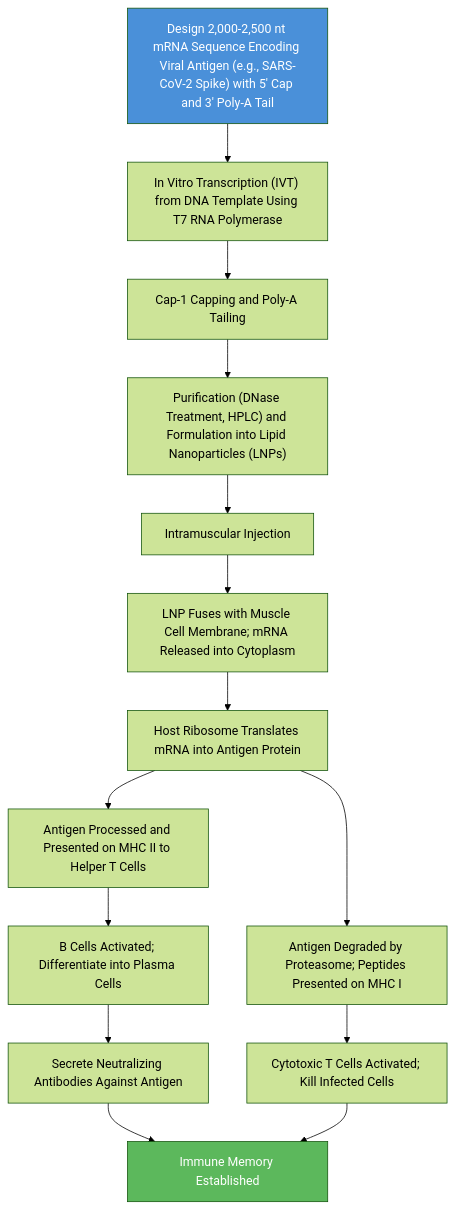
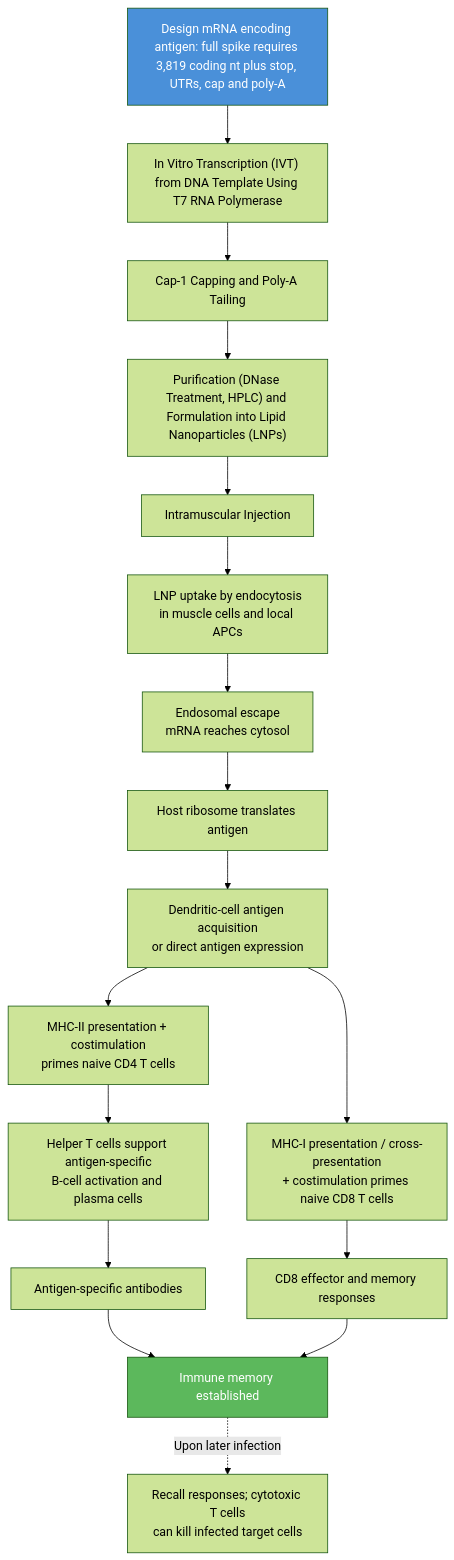
Before and after one commit to docxology/biology_textbook: the second of 4 diagrams in docs/manuscript/unit_IV/dna_replication_and_cell_cycle.md, drawn with Mermaid (forest theme). The commit also changed other lines of this file and 444 other files, not shown here.

````diff
--- a/docs/manuscript/unit_IV/dna_replication_and_cell_cycle.md
+++ b/docs/manuscript/unit_IV/dna_replication_and_cell_cycle.md
@@ -182,18 +184,21 @@
 ```mermaid
 flowchart TD
-    A["Design 2,000-2,500 nt mRNA Sequence Encoding Viral Antigen (e.g., SARS-CoV-2 Spike) with 5' Cap and 3' Poly-A Tail"] --> B["In Vitro Transcription (IVT) from DNA Template Using T7 RNA Polymerase"]
+    A["Design mRNA encoding antigen: full spike requires 3,819 coding nt plus stop, UTRs, cap and poly-A"] --> B["In Vitro Transcription (IVT) from DNA Template Using T7 RNA Polymerase"]
     B --> C["Cap-1 Capping and Poly-A Tailing"]
     C --> D["Purification (DNase Treatment, HPLC) and Formulation into Lipid Nanoparticles (LNPs)"]
     D --> E["Intramuscular Injection"]
-    E --> F["LNP Fuses with Muscle Cell Membrane; mRNA Released into Cytoplasm"]
-    F --> G["Host Ribosome Translates mRNA into Antigen Protein"]
-    G --> H["Antigen Processed and Presented on MHC II to Helper T Cells"]
-    H --> I["B Cells Activated; Differentiate into Plasma Cells"]
-    I --> J["Secrete Neutralizing Antibodies Against Antigen"]
-    G --> K["Antigen Degraded by Proteasome; Peptides Presented on MHC I"]
-    K --> L["Cytotoxic T Cells Activated; Kill Infected Cells"]
-    J --> M["Immune Memory Established"]
+    E --> F["LNP uptake by endocytosis<br/>in muscle cells and local APCs"]
+    F --> Escape["Endosomal escape<br/>mRNA reaches cytosol"]
+    Escape --> G["Host ribosome translates antigen"]
+    G --> DC["Dendritic-cell antigen acquisition<br/>or direct antigen expression"]
+    DC --> H["MHC-II presentation + costimulation<br/>primes naive CD4 T cells"]
+    H --> I["Helper T cells support antigen-specific<br/>B-cell activation and plasma cells"]
+    I --> J["Antigen-specific antibodies"]
+    DC --> K["MHC-I presentation / cross-presentation<br/>+ costimulation primes naive CD8 T cells"]
+    K --> L["CD8 effector and memory responses"]
+    J --> M["Immune memory established"]
     L --> M
+    M -.->|"Upon later infection"| Eff["Recall responses; cytotoxic T cells<br/>can kill infected target cells"]
     style A fill:#4a90d9,color:#fff
     style M fill:#5cb85c,color:#fff
 ```
````
